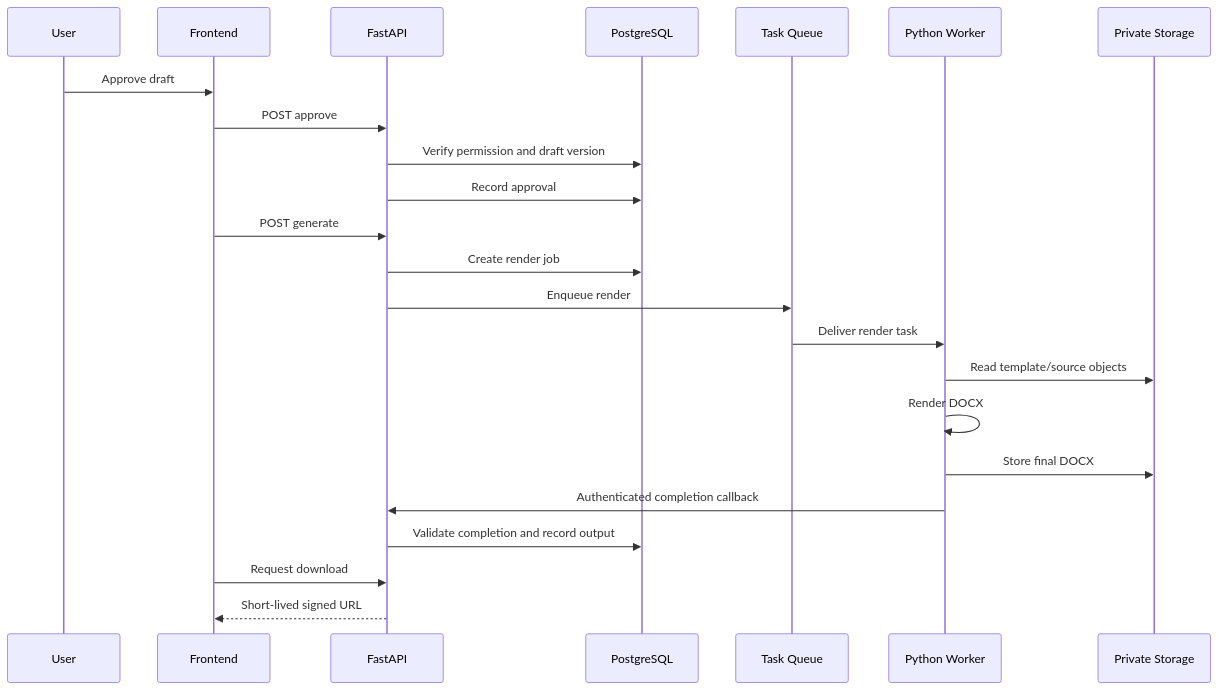
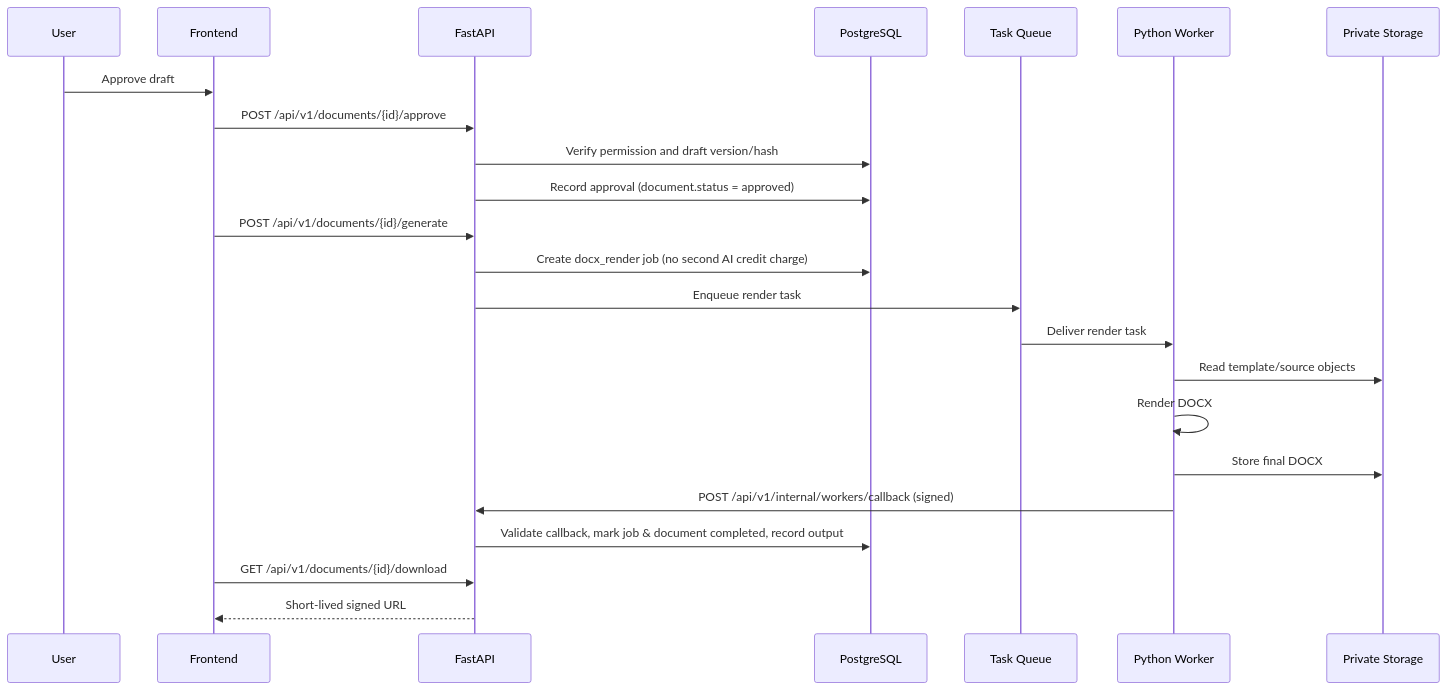
One commit to SaktiArifDwiPutra/document-saas changed the third of 3 diagrams in docs/SYSTEM_ARCHITECTURE.md. Above: the diagram before and after it, drawn with Mermaid. The commit also changed other lines of this file and 7 other files, not shown here.

````diff
--- a/docs/SYSTEM_ARCHITECTURE.md
+++ b/docs/SYSTEM_ARCHITECTURE.md
@@ -199,26 +219,26 @@
 ``` mermaid
 sequenceDiagram
     participant User
     participant FE as Frontend
     participant API as FastAPI
     participant DB as PostgreSQL
     participant Q as Task Queue
     participant W as Python Worker
     participant R2 as Private Storage
 
     User->>FE: Approve draft
-    FE->>API: POST approve
-    API->>DB: Verify permission and draft version
-    API->>DB: Record approval
-    FE->>API: POST generate
-    API->>DB: Create render job
-    API->>Q: Enqueue render
+    FE->>API: POST /api/v1/documents/{id}/approve
+    API->>DB: Verify permission and draft version/hash
+    API->>DB: Record approval (document.status = approved)
+    FE->>API: POST /api/v1/documents/{id}/generate
+    API->>DB: Create docx_render job (no second AI credit charge)
+    API->>Q: Enqueue render task
     Q->>W: Deliver render task
     W->>R2: Read template/source objects
     W->>W: Render DOCX
     W->>R2: Store final DOCX
-    W->>API: Authenticated completion callback
-    API->>DB: Validate completion and record output
-    FE->>API: Request download
+    W->>API: POST /api/v1/internal/workers/callback (signed)
+    API->>DB: Validate callback, mark job & document completed, record output
+    FE->>API: GET /api/v1/documents/{id}/download
     API-->>FE: Short-lived signed URL
 ```
````
